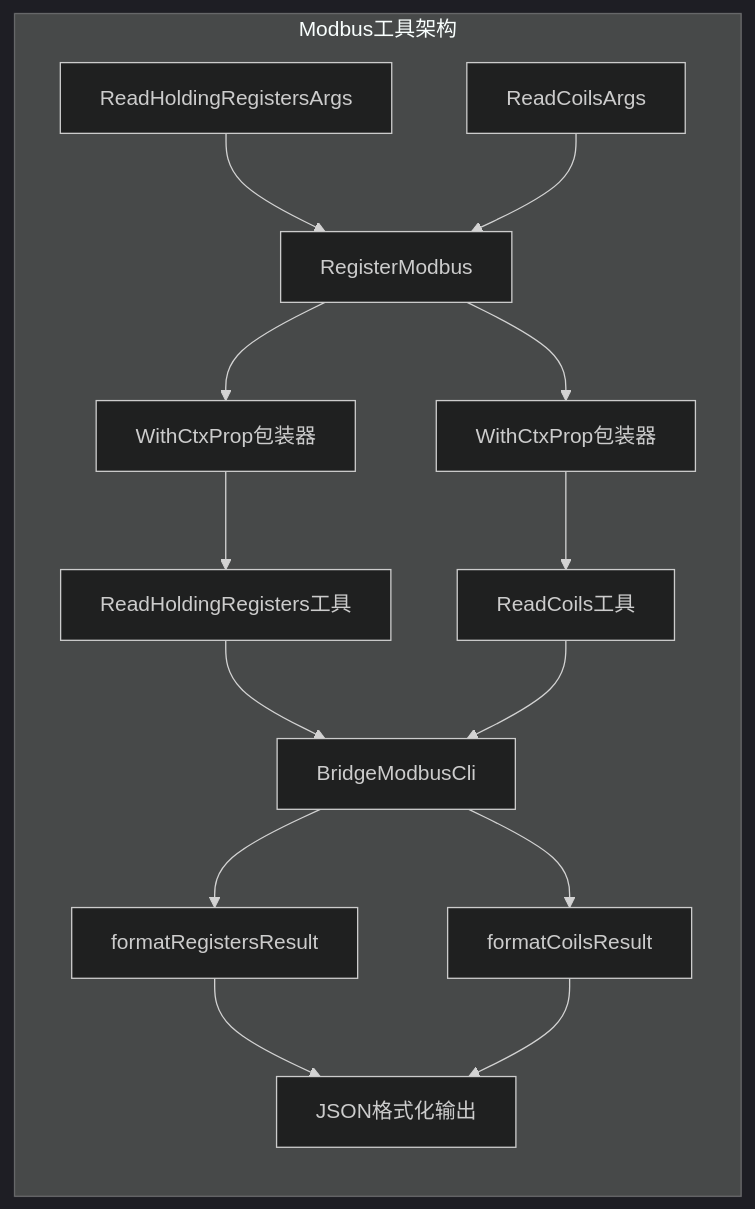
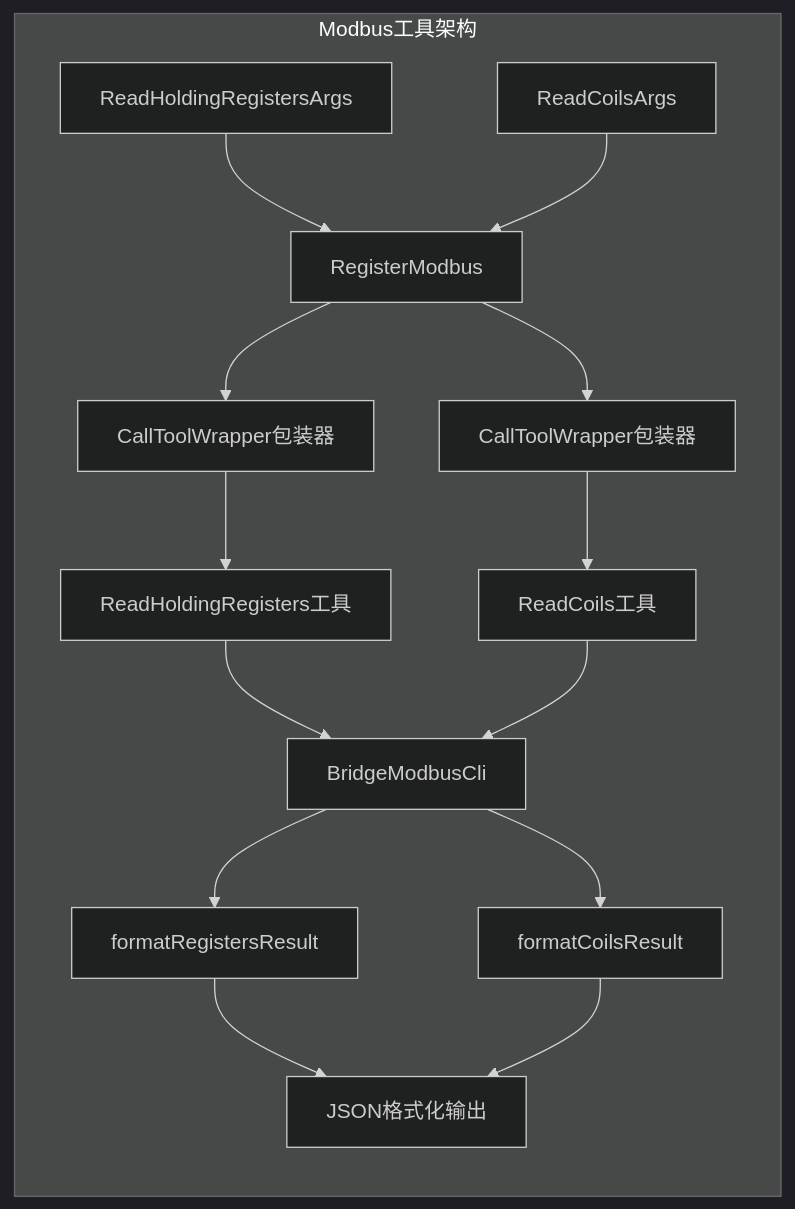
Before and after one commit to maomao94/zero-service: the ninth of 17 diagrams in .qoder/repowiki/zh/content/AI应用模块/MCP服务器.md, drawn with Mermaid (dark theme). The commit also changed other lines of this file and 25 other files, not shown here.

````diff
--- a/.qoder/repowiki/zh/content/AI应用模块/MCP服务器.md
+++ b/.qoder/repowiki/zh/content/AI应用模块/MCP服务器.md
@@ -468,17 +464,17 @@
 ```mermaid
 graph LR
 subgraph "Modbus工具架构"
 A["ReadHoldingRegistersArgs"] --> B["RegisterModbus"]
-B --> C["WithCtxProp包装器"]
+B --> C["CallToolWrapper包装器"]
 C --> D["ReadHoldingRegisters工具"]
 D --> E["BridgeModbusCli"]
 E --> F["formatRegistersResult"]
 F --> G["JSON格式化输出"]
 A2["ReadCoilsArgs"] --> B
-B --> H["WithCtxProp包装器"]
+B --> H["CallToolWrapper包装器"]
 H --> I["ReadCoils工具"]
 I --> E
 E --> J["formatCoilsResult"]
 J --> G
 end
 ```
````
